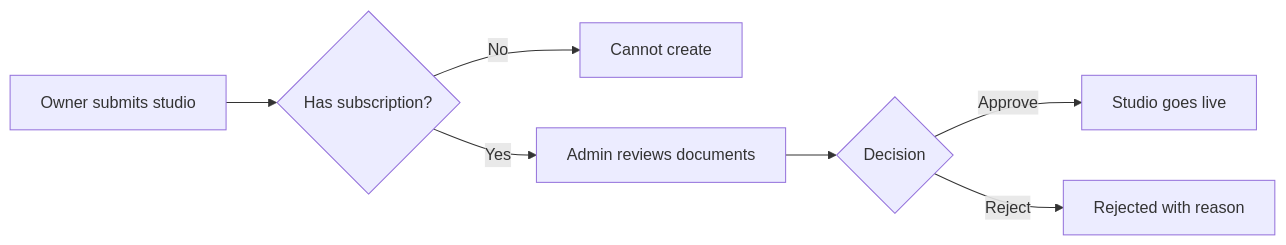
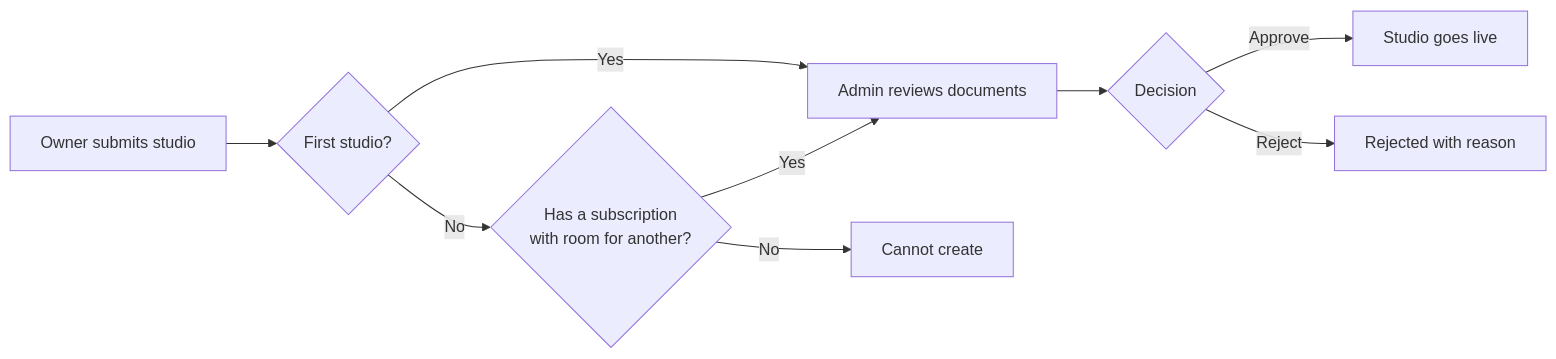
Before and after one commit to ChocooChocoo/project-photography: the seventh of 8 diagrams in docs/01-ANALYSIS/NON TECHNICAL ANALYSIS.md, drawn with Mermaid. The commit also changed other lines of this file and 10 other files, not shown here.

First line of the commit message:
docs: analyze the studio subscription lifecycle from trial to expiry

````diff
--- a/docs/01-ANALYSIS/NON TECHNICAL ANALYSIS.md
+++ b/docs/01-ANALYSIS/NON TECHNICAL ANALYSIS.md
@@ -173,9 +173,11 @@
 ```mermaid
 flowchart LR
-    A[Owner submits studio] --> B{Has subscription?}
-    B -->|No| C[Cannot create]
+    A[Owner submits studio] --> B{First studio?}
     B -->|Yes| D[Admin reviews documents]
+    B -->|No| B2{Has a subscription<br/>with room for another?}
+    B2 -->|No| C[Cannot create]
+    B2 -->|Yes| D
     D --> E{Decision}
     E -->|Approve| F[Studio goes live]
     E -->|Reject| G[Rejected with reason]
 ```
````
